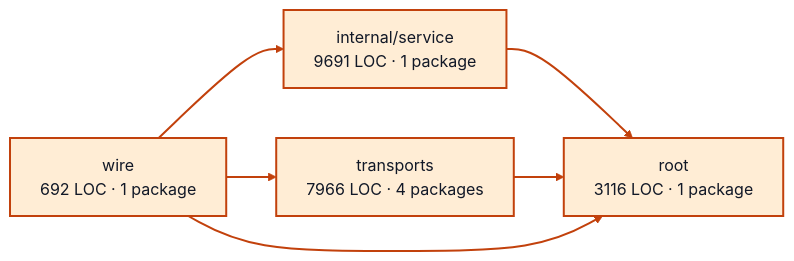
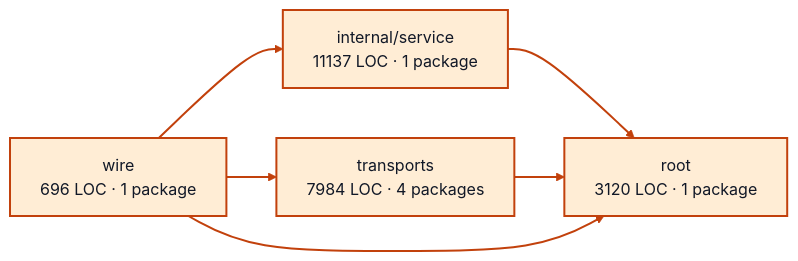
The diagram in docs/architecture/visualizations/services/worker_sessions.md (portpowered/you-agent-factory), drawn with Mermaid before and after one commit. The commit also changed other lines of this file and 20 other files, not shown here.

Commit message:
docs: refresh backend architecture visualizations

````diff
--- a/docs/architecture/visualizations/services/worker_sessions.md
+++ b/docs/architecture/visualizations/services/worker_sessions.md
@@ -11,17 +11,17 @@
 ```mermaid
 flowchart LR
-  p0["internal/service<br/>9691 LOC · 1 package"]
-  p1["root<br/>3116 LOC · 1 package"]
-  p2["transports<br/>7966 LOC · 4 packages"]
-  p3["wire<br/>692 LOC · 1 package"]
+  p0["internal/service<br/>11137 LOC · 1 package"]
+  p1["root<br/>3120 LOC · 1 package"]
+  p2["transports<br/>7984 LOC · 4 packages"]
+  p3["wire<br/>696 LOC · 1 package"]
   p0 --> p1
   p2 --> p1
   p3 --> p0
   p3 --> p1
   p3 --> p2
   style p0 fill:#ffedd5,stroke:#c2410c,stroke-width:2px,color:#111827
   style p1 fill:#ffedd5,stroke:#c2410c,stroke-width:2px,color:#111827
   style p2 fill:#ffedd5,stroke:#c2410c,stroke-width:2px,color:#111827
   style p3 fill:#ffedd5,stroke:#c2410c,stroke-width:2px,color:#111827
   linkStyle default stroke:#c2410c,stroke-width:2px
 ```
````
